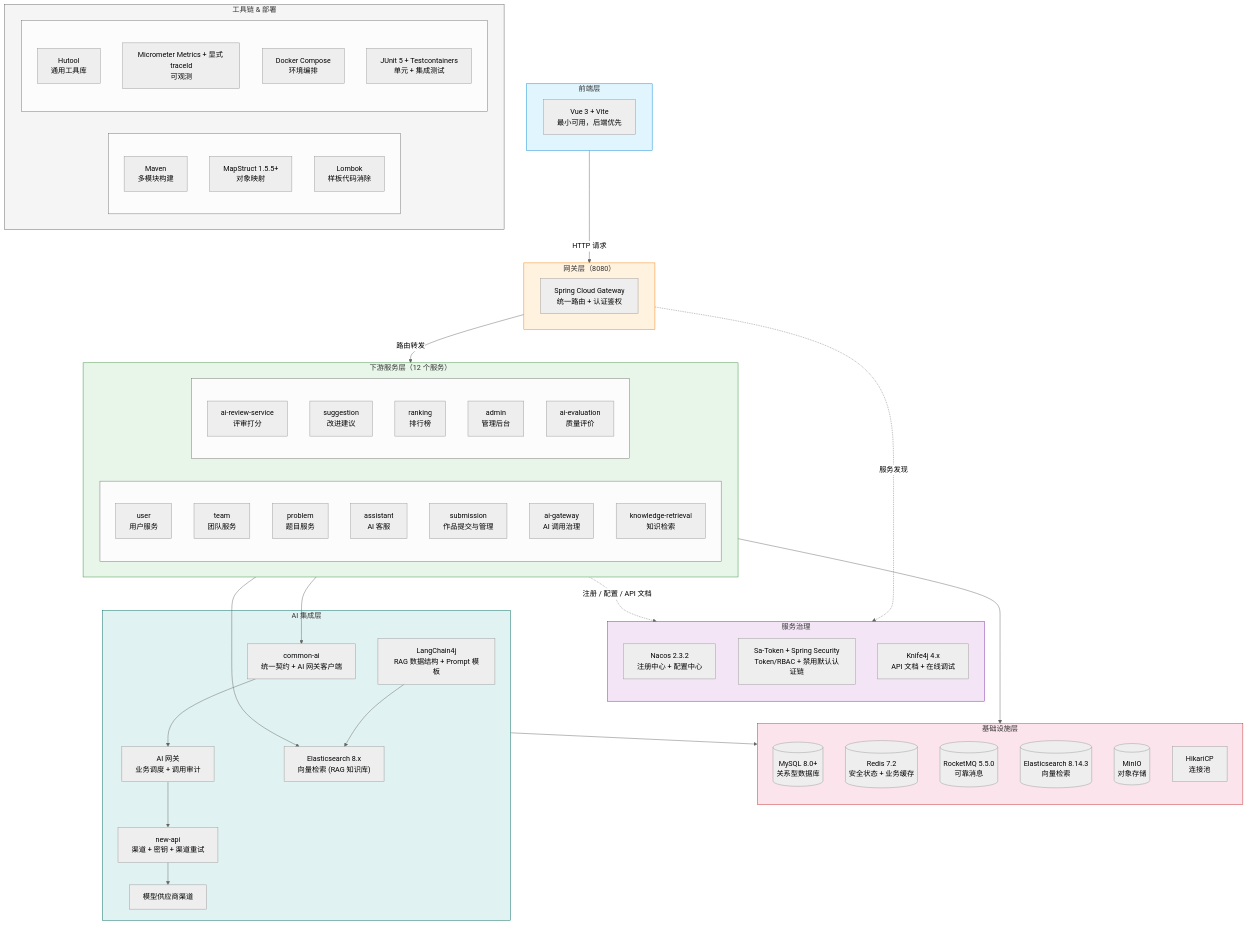
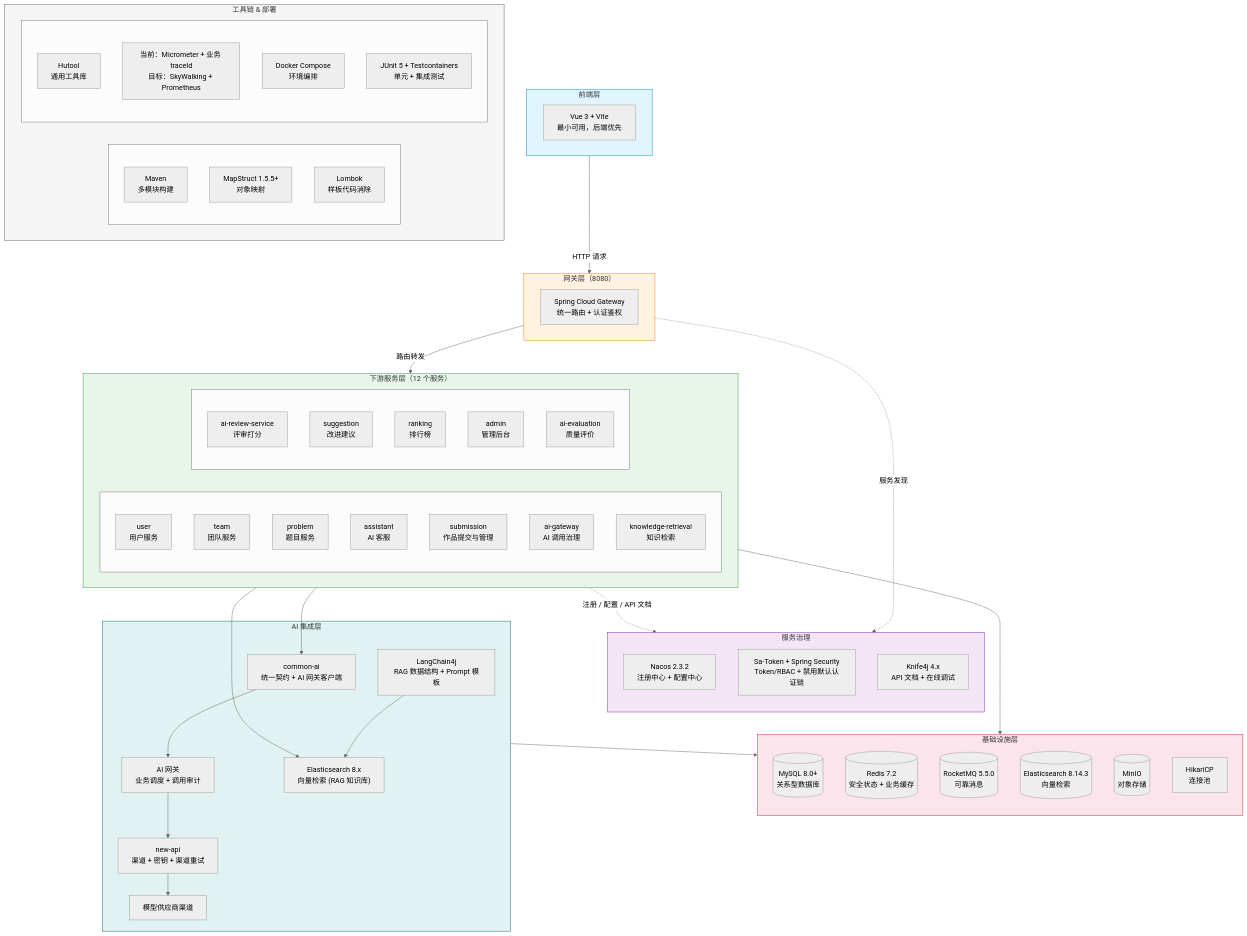
The diagram in docs/project/02-架构设计/技术栈选型.md (Dorian7Alden/LeetModel), drawn with Mermaid (neutral theme) before and after one commit. The commit also changed other lines of this file and 10 other files, not shown here.

Commit message:
docs: 完善系统保障设计路线图

```diff
--- a/docs/project/02-架构设计/技术栈选型.md
+++ b/docs/project/02-架构设计/技术栈选型.md
@@ -79,7 +79,7 @@
 
         subgraph Toolchain2["&nbsp;"]
             HUTOOL["Hutool<br/>通用工具库"]
-            MICROMETER["Micrometer Metrics + 显式 traceId<br/>可观测"]
+            MICROMETER["当前：Micrometer + 业务 traceId<br/>目标：SkyWalking + Prometheus"]
             DOCKER["Docker Compose<br/>环境编排"]
             TEST["JUnit 5 + Testcontainers<br/>单元 + 集成测试"]
         end
```
